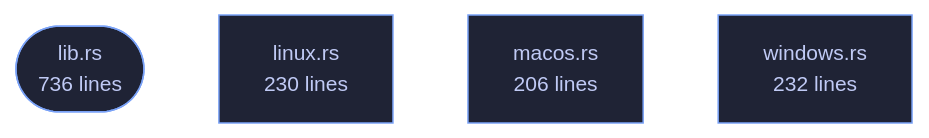
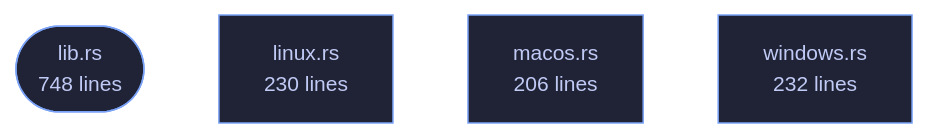
The diagram in crates/veilvoice-drivers/README.md (tilas01/veilvoice), drawn with Mermaid before and after one commit. The commit also changed other lines of this file and 182 other files, not shown here.

````diff
--- a/crates/veilvoice-drivers/README.md
+++ b/crates/veilvoice-drivers/README.md
@@ -92,12 +105,12 @@
 ```mermaid
 %%{init: {"theme":"base","themeVariables":{"background":"#1a1b26","primaryColor":"#1f2335","primaryTextColor":"#c0caf5","primaryBorderColor":"#7aa2f7","secondaryColor":"#16161e","tertiaryColor":"#16161e","lineColor":"#737aa2","textColor":"#c0caf5","mainBkg":"#1f2335","nodeBorder":"#7aa2f7","clusterBkg":"#16161e","clusterBorder":"#2f3549","fontFamily":"ui-monospace, SFMono-Regular, Consolas, monospace","fontSize":"14px"}}}%%
 flowchart TD
-    n_lib(["lib.rs<br/>736 lines"])
+    n_lib(["lib.rs<br/>748 lines"])
     n_linux["linux.rs<br/>230 lines"]
     n_macos["macos.rs<br/>206 lines"]
     n_windows["windows.rs<br/>232 lines"]
     click n_lib href "https://github.com/tilas01/veilvoice/blob/main/crates/veilvoice-drivers/src/lib.rs" "open the source"
     click n_linux href "https://github.com/tilas01/veilvoice/blob/main/crates/veilvoice-drivers/src/linux.rs" "open the source"
     click n_macos href "https://github.com/tilas01/veilvoice/blob/main/crates/veilvoice-drivers/src/macos.rs" "open the source"
     click n_windows href "https://github.com/tilas01/veilvoice/blob/main/crates/veilvoice-drivers/src/windows.rs" "open the source"
 ```
````
